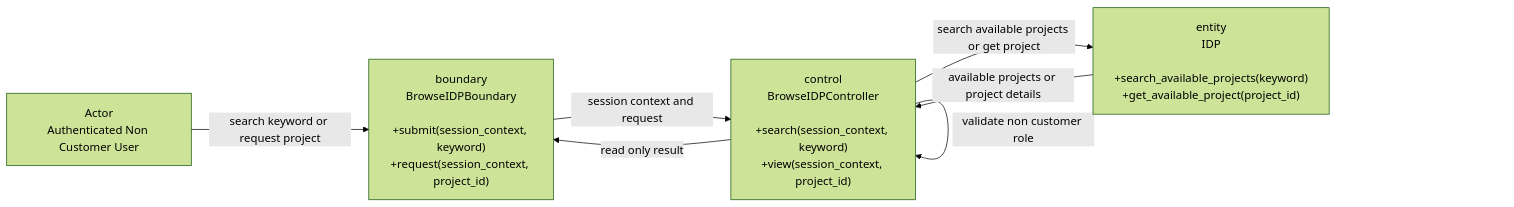
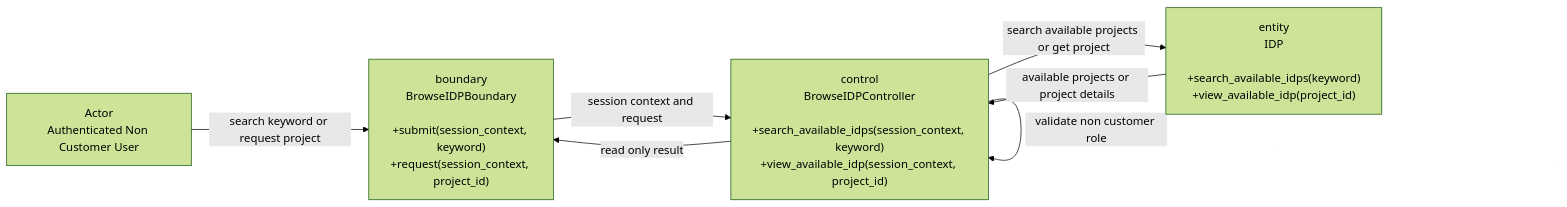
One commit to boyinapuddle/CSIT314-Chinese changed the first of 2 diagrams in diagrams/US50_Browse_IDPs_as_Authenticated_Non_Customer/README.md. Above: the diagram before and after it, drawn with Mermaid (forest theme). The commit also changed 140 other files, not shown here.

````diff
--- a/diagrams/US50_Browse_IDPs_as_Authenticated_Non_Customer/README.md
+++ b/diagrams/US50_Browse_IDPs_as_Authenticated_Non_Customer/README.md
@@ -5,13 +5,13 @@
 ```mermaid
 flowchart LR
     N0["Actor<br/>Authenticated Non Customer User"]
     N1["boundary<br/>BrowseIDPBoundary<br/><br/>+submit(session_context, keyword)<br/>+request(session_context, project_id)"]
-    N2["control<br/>BrowseIDPController<br/><br/>+search(session_context, keyword)<br/>+view(session_context, project_id)"]
-    N3["entity<br/>IDP<br/><br/>+search_available_projects(keyword)<br/>+get_available_project(project_id)"]
+    N2["control<br/>BrowseIDPController<br/><br/>+search_available_idps(session_context, keyword)<br/>+view_available_idp(session_context, project_id)"]
+    N3["entity<br/>IDP<br/><br/>+search_available_idps(keyword)<br/>+view_available_idp(project_id)"]
     N0 -->|"search keyword or request project"| N1
     N1 -->|"session context and request"| N2
     N2 -->|"validate non customer role"| N2
     N2 -->|"search available projects or get project"| N3
     N3 -->|"available projects or project details"| N2
     N2 -->|"read only result"| N1
 ```
````
